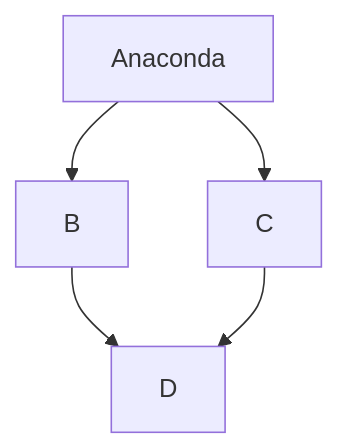
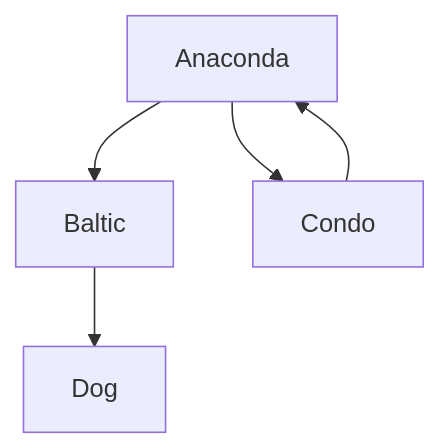
One commit to mgifford/mermaid-graphs changed the diagram in README.md. Above: the diagram before and after it, drawn with Mermaid.

````diff
--- a/README.md
+++ b/README.md
@@ -6,7 +6,7 @@
 ```mermaid
 graph TD
-    Anaconda-->B;
-    Anaconda-->C;
-    B-->D;
-    C-->D;
+    Anaconda-->Baltic;
+    Anaconda-->Condo;
+    Baltic-->Dog;
+    Condo-->Anaconda;
 ```
````
